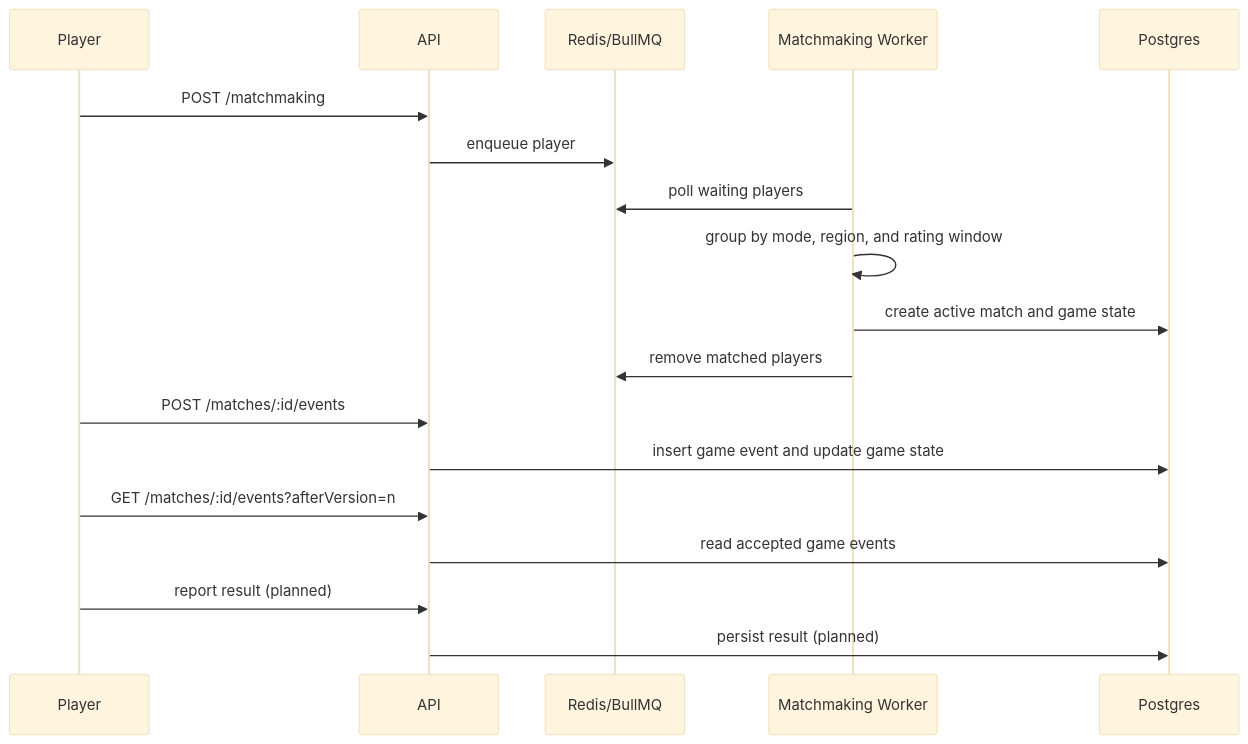
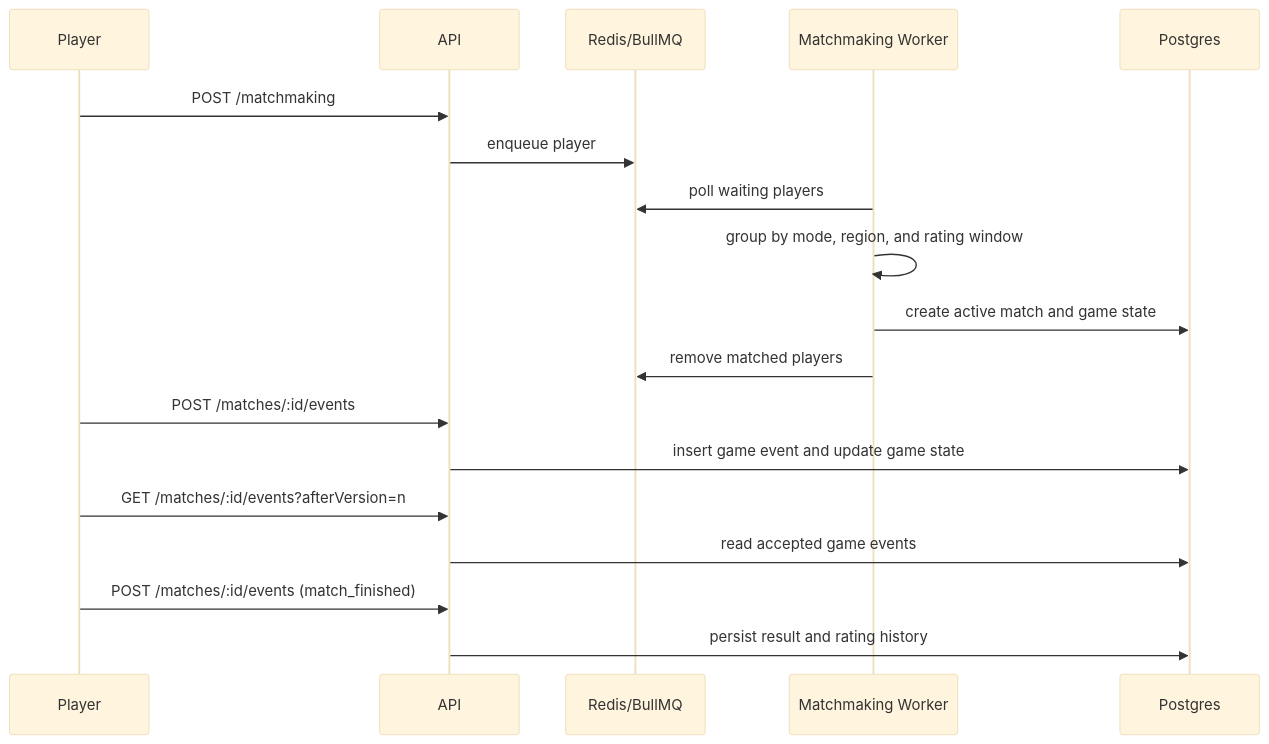
One commit to keezeden/qtime changed the second of 2 diagrams in docs/architecture.md. Above: the diagram before and after it, drawn with Mermaid (base theme). The commit also changed other lines of this file and 13 other files, not shown here.

Commit message:
feat(ratings): persist elo updates for finished matches

````diff
--- a/docs/architecture.md
+++ b/docs/architecture.md
@@ -102,21 +102,21 @@
 ```mermaid
 sequenceDiagram
   participant Player
   participant API
   participant Redis as Redis/BullMQ
   participant Worker as Matchmaking Worker
   participant DB as Postgres
 
   Player->>API: POST /matchmaking
   API->>Redis: enqueue player
   Worker->>Redis: poll waiting players
   Worker->>Worker: group by mode, region, and rating window
   Worker->>DB: create active match and game state
   Worker->>Redis: remove matched players
   Player->>API: POST /matches/:id/events
   API->>DB: insert game event and update game state
   Player->>API: GET /matches/:id/events?afterVersion=n
   API->>DB: read accepted game events
-  Player->>API: report result (planned)
-  API->>DB: persist result (planned)
+  Player->>API: POST /matches/:id/events (match_finished)
+  API->>DB: persist result and rating history
 ```
````
